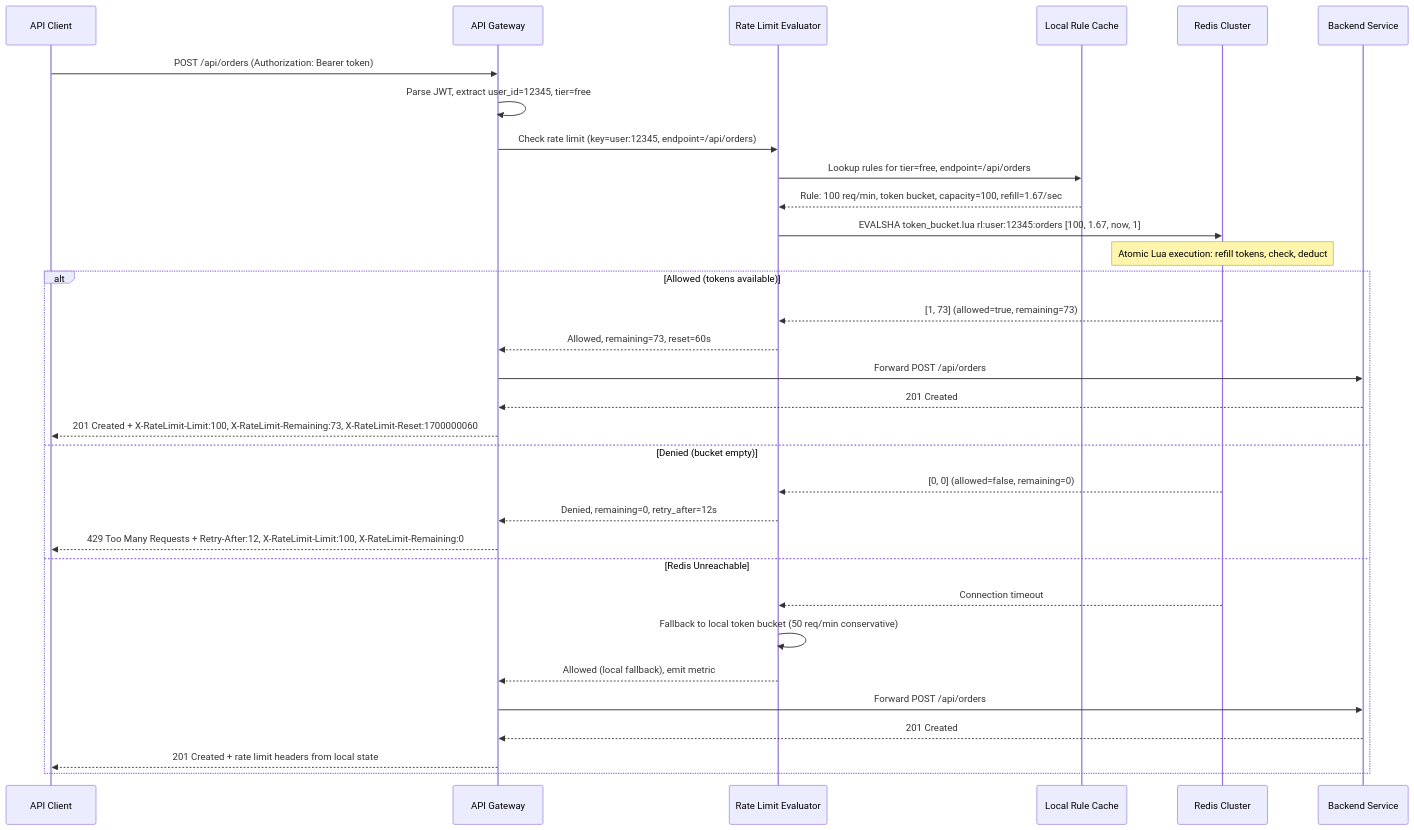
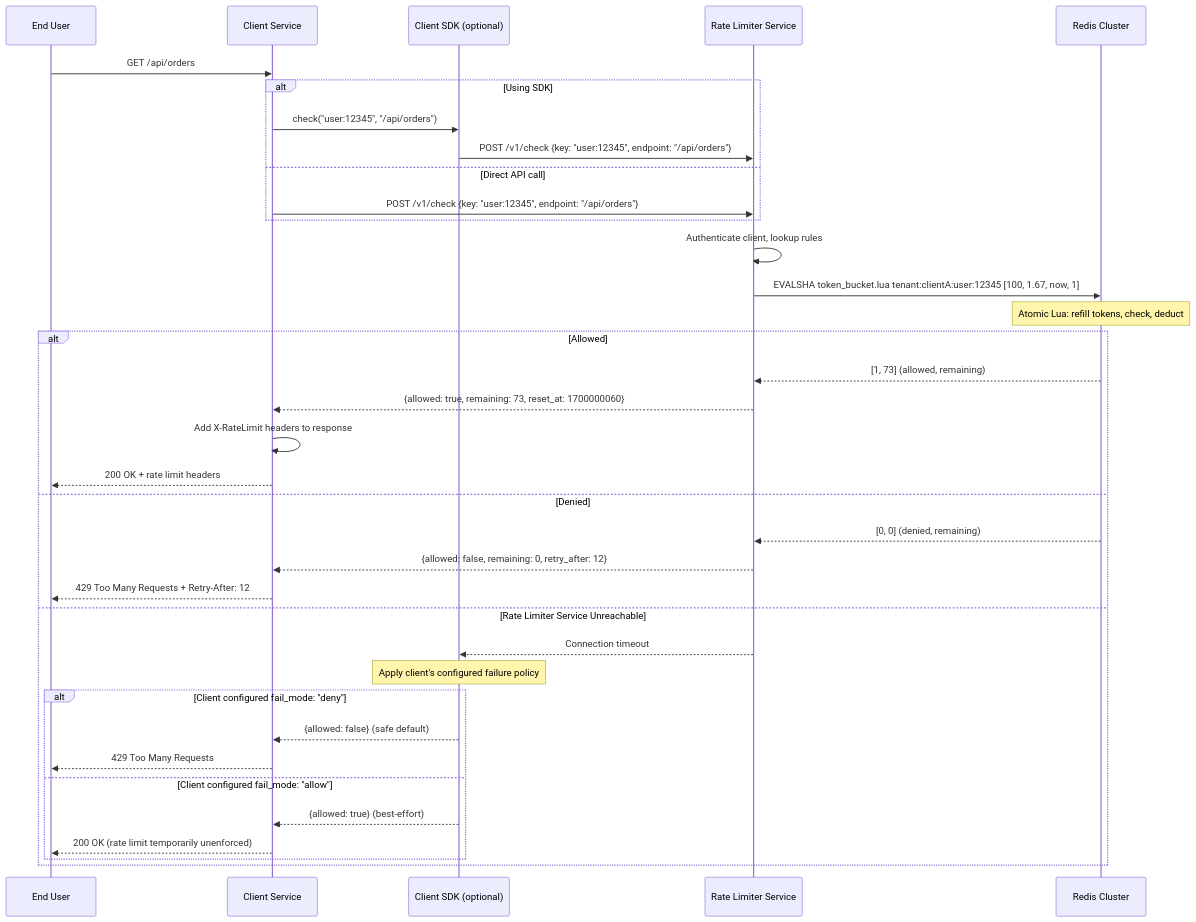
The third of 3 diagrams in 26_rate_limiter/architecture_diagram.md (oribarak/system-design-interview-prep), drawn with Mermaid before and after one commit. The commit also changed other lines of this file and 17 other files, not shown here.

First line of the commit message:
Improve playbooks for rate limiter, LLM inference, chat system, and 3 new Anthropic topics

````diff
--- a/26_rate_limiter/architecture_diagram.md
+++ b/26_rate_limiter/architecture_diagram.md
@@ -113,38 +101,42 @@
 ```mermaid
 sequenceDiagram
-    participant Client as API Client
-    participant GW as API Gateway
-    participant RL as Rate Limit Evaluator
-    participant Cache as Local Rule Cache
+    participant EndUser as End User
+    participant Client as Client Service
+    participant SDK as Client SDK (optional)
+    participant RL as Rate Limiter Service
     participant Redis as Redis Cluster
-    participant SVC as Backend Service
 
-    Client->>GW: POST /api/orders (Authorization: Bearer token)
-    GW->>GW: Parse JWT, extract user_id=12345, tier=free
+    EndUser->>Client: GET /api/orders
 
-    GW->>RL: Check rate limit (key=user:12345, endpoint=/api/orders)
-    RL->>Cache: Lookup rules for tier=free, endpoint=/api/orders
-    Cache-->>RL: Rule: 100 req/min, token bucket, capacity=100, refill=1.67/sec
+    alt Using SDK
+        Client->>SDK: check("user:12345", "/api/orders")
+        SDK->>RL: POST /v1/check {key: "user:12345", endpoint: "/api/orders"}
+    else Direct API call
+        Client->>RL: POST /v1/check {key: "user:12345", endpoint: "/api/orders"}
+    end
 
-    RL->>Redis: EVALSHA token_bucket.lua rl:user:12345:orders [100, 1.67, now, 1]
-    Note over Redis: Atomic Lua execution: refill tokens, check, deduct
+    RL->>RL: Authenticate client, lookup rules
+    RL->>Redis: EVALSHA token_bucket.lua tenant:clientA:user:12345 [100, 1.67, now, 1]
+    Note over Redis: Atomic Lua: refill tokens, check, deduct
 
-    alt Allowed (tokens available)
-        Redis-->>RL: [1, 73] (allowed=true, remaining=73)
-        RL-->>GW: Allowed, remaining=73, reset=60s
-        GW->>SVC: Forward POST /api/orders
-        SVC-->>GW: 201 Created
-        GW-->>Client: 201 Created + X-RateLimit-Limit:100, X-RateLimit-Remaining:73, X-RateLimit-Reset:1700000060
-    else Denied (bucket empty)
-        Redis-->>RL: [0, 0] (allowed=false, remaining=0)
-        RL-->>GW: Denied, remaining=0, retry_after=12s
-        GW-->>Client: 429 Too Many Requests + Retry-After:12, X-RateLimit-Limit:100, X-RateLimit-Remaining:0
-    else Redis Unreachable
-        Redis-->>RL: Connection timeout
-        RL->>RL: Fallback to local token bucket (50 req/min conservative)
-        RL-->>GW: Allowed (local fallback), emit metric
-        GW->>SVC: Forward POST /api/orders
-        SVC-->>GW: 201 Created
-        GW-->>Client: 201 Created + rate limit headers from local state
+    alt Allowed
+        Redis-->>RL: [1, 73] (allowed, remaining)
+        RL-->>Client: {allowed: true, remaining: 73, reset_at: 1700000060}
+        Client->>Client: Add X-RateLimit headers to response
+        Client-->>EndUser: 200 OK + rate limit headers
+    else Denied
+        Redis-->>RL: [0, 0] (denied, remaining)
+        RL-->>Client: {allowed: false, remaining: 0, retry_after: 12}
+        Client-->>EndUser: 429 Too Many Requests + Retry-After: 12
+    else Rate Limiter Service Unreachable
+        RL-->>SDK: Connection timeout
+        Note over SDK: Apply client's configured failure policy
+        alt Client configured fail_mode: "deny"
+            SDK-->>Client: {allowed: false} (safe default)
+            Client-->>EndUser: 429 Too Many Requests
+        else Client configured fail_mode: "allow"
+            SDK-->>Client: {allowed: true} (best-effort)
+            Client-->>EndUser: 200 OK (rate limit temporarily unenforced)
+        end
     end
 ```
````
